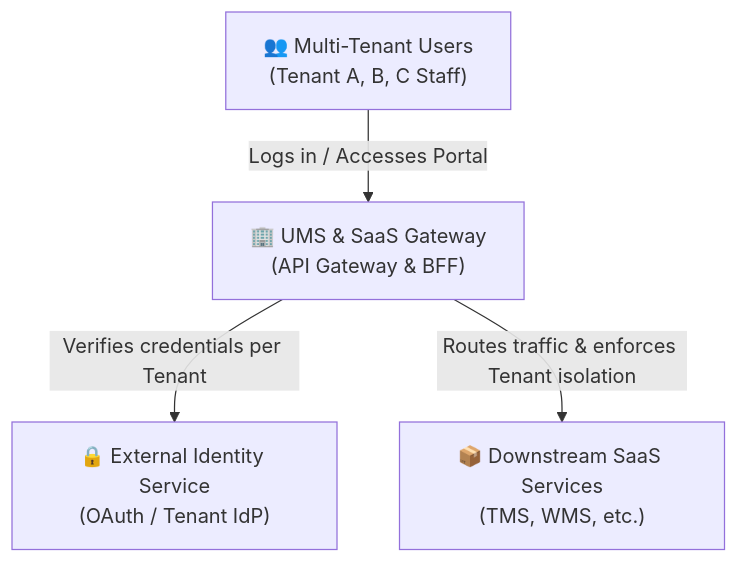
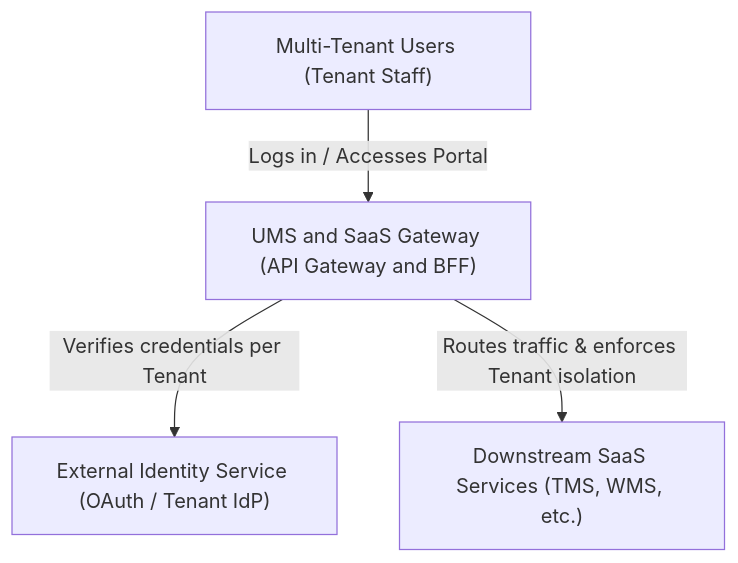
The first of 3 diagrams in ums-workspace/docs/02-architecture/architecture-spec.md (beyondnetcode/arc32_progresive_monolith), drawn with Mermaid before and after one commit. The commit also changed other lines of this file and 4 other files, not shown here.

Commit message:
docs(bmad): validate and update all Mermaid blocks to emoji-free specs & integrate ADR-0021

````diff
--- a/ums-workspace/docs/02-architecture/architecture-spec.md
+++ b/ums-workspace/docs/02-architecture/architecture-spec.md
@@ -41,11 +41,11 @@
 ```mermaid
 graph TD
-    User["👥 Multi-Tenant Users<br/>(Tenant A, B, C Staff)"]
-    UMS["🏢 UMS & SaaS Gateway<br/>(API Gateway & BFF)"]
-    ExternalAuth["🔒 External Identity Service<br/>(OAuth / Tenant IdP)"]
-    Downstream["📦 Downstream SaaS Services<br/>(TMS, WMS, etc.)"]
+    User["Multi-Tenant Users (Tenant Staff)"]
+    UMS["UMS and SaaS Gateway (API Gateway and BFF)"]
+    ExternalAuth["External Identity Service (OAuth / Tenant IdP)"]
+    Downstream["Downstream SaaS Services (TMS, WMS, etc.)"]
 
     User -->|Logs in / Accesses Portal| UMS
     UMS -->|Verifies credentials per Tenant| ExternalAuth
     UMS -->|Routes traffic & enforces Tenant isolation| Downstream
 ```
````
